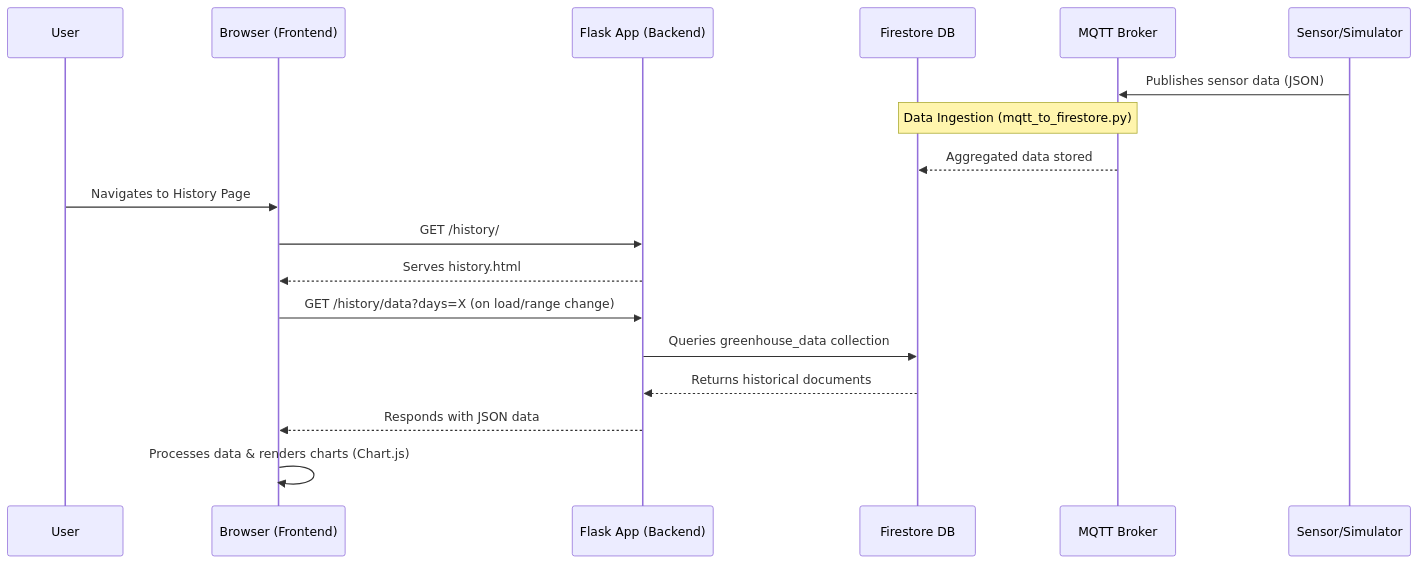
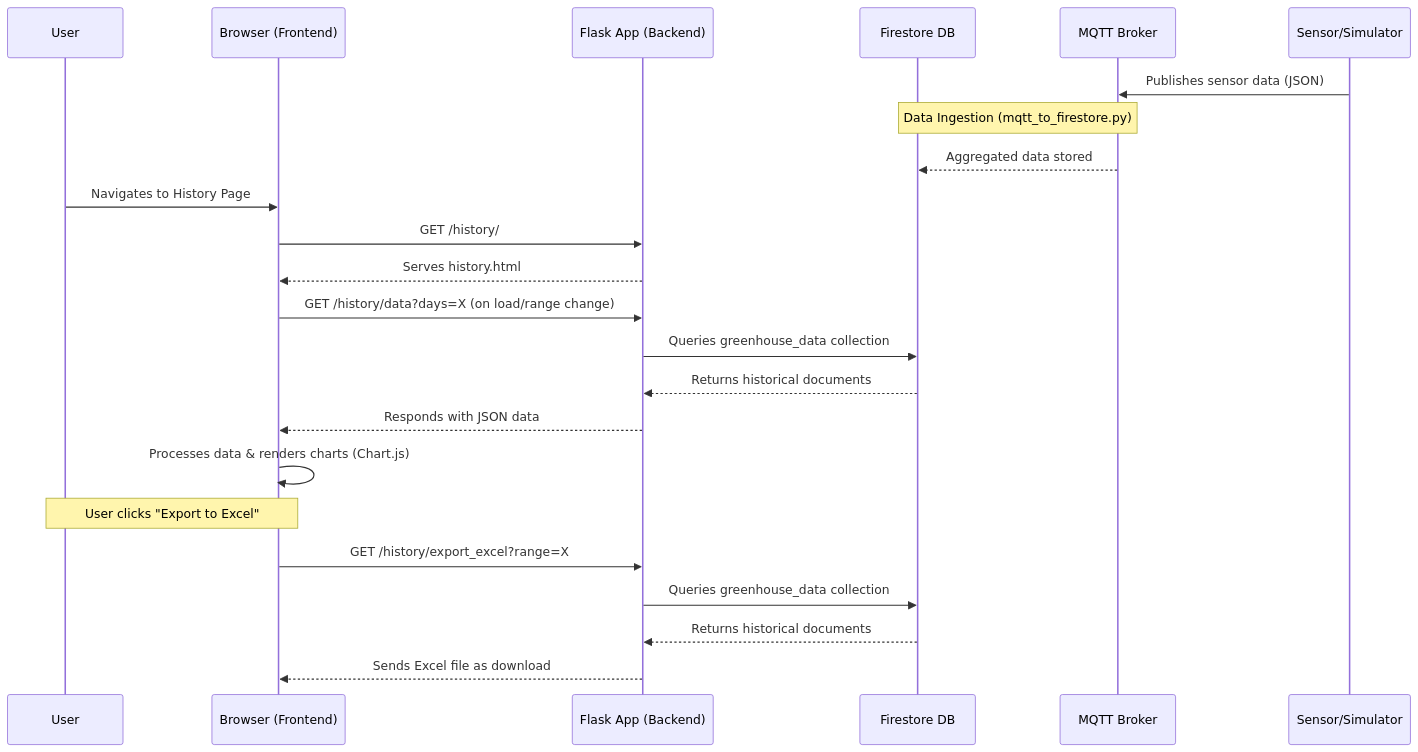
The diagram in blueprints/history/history_documentation.md (Tamatimtam/Lokatech-Greenhouse-Monitoring), drawn with Mermaid before and after one commit. The commit also changed other lines of this file and 5 other files, not shown here.

Commit message:
24h Timestamp excel export in buttons. (TODO: Improve UI Buttons)

````diff
--- a/blueprints/history/history_documentation.md
+++ b/blueprints/history/history_documentation.md
@@ -27,24 +28,30 @@
 ```mermaid
 sequenceDiagram
     participant User
     participant Browser (Frontend)
     participant Flask App (Backend)
     participant Firestore DB
     participant MQTT Broker
     participant Sensor/Simulator
 
     Sensor/Simulator->>MQTT Broker: Publishes sensor data (JSON)
     Note over MQTT Broker, Firestore DB: Data Ingestion (mqtt_to_firestore.py)
     MQTT Broker-->>Firestore DB: Aggregated data stored
 
     User->>Browser (Frontend): Navigates to History Page
     Browser (Frontend)->>Flask App (Backend): GET /history/
     Flask App (Backend)-->>Browser (Frontend): Serves history.html
 
     Browser (Frontend)->>Flask App (Backend): GET /history/data?days=X (on load/range change)
     Flask App (Backend)->>Firestore DB: Queries greenhouse_data collection
     Firestore DB-->>Flask App (Backend): Returns historical documents
     Flask App (Backend)-->>Browser (Frontend): Responds with JSON data
 
     Browser (Frontend)->>Browser (Frontend): Processes data & renders charts (Chart.js)
+
+    Note over User, Browser (Frontend): User clicks "Export to Excel"
+    Browser (Frontend)->>Flask App (Backend): GET /history/export_excel?range=X
+    Flask App (Backend)->>Firestore DB: Queries greenhouse_data collection
+    Firestore DB-->>Flask App (Backend): Returns historical documents
+    Flask App (Backend)-->>Browser (Frontend): Sends Excel file as download
 ```
````
